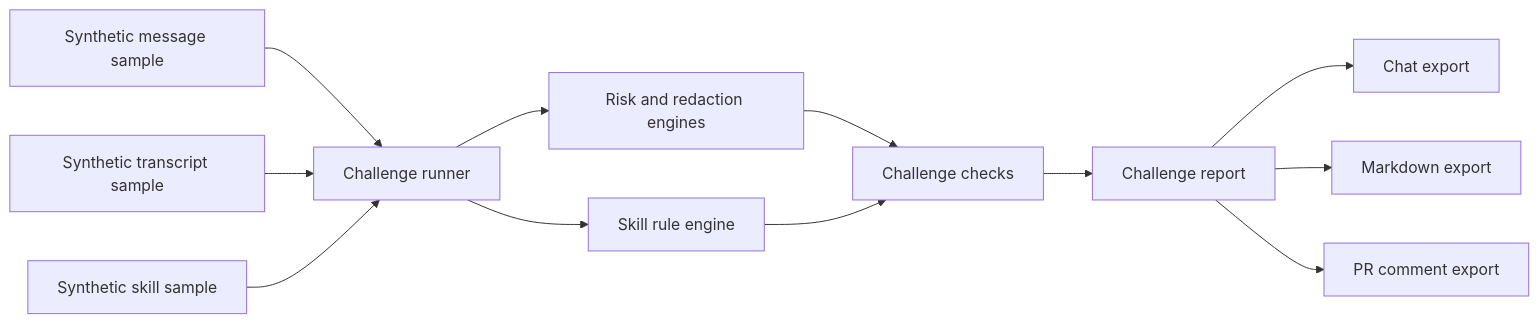
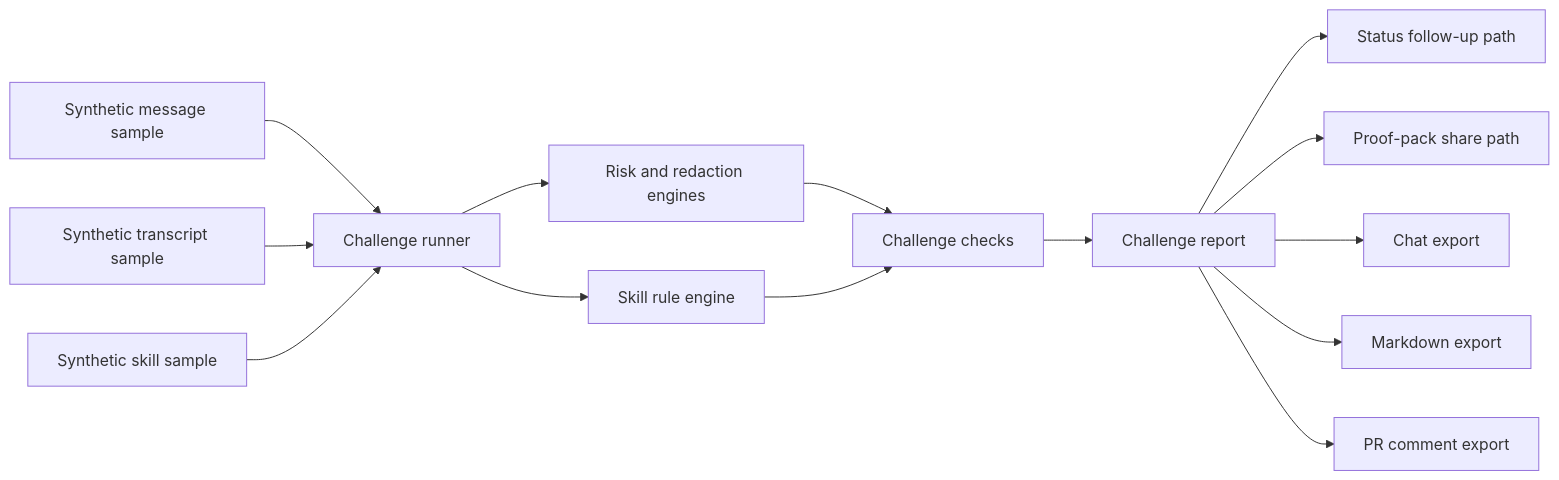
The third of 3 diagrams in docs/architecture/trust-challenge.md (cschanhniem/clawshield), drawn with Mermaid before and after one commit. The commit also changed other lines of this file and 40 other files, not shown here.

````diff
--- a/docs/architecture/trust-challenge.md
+++ b/docs/architecture/trust-challenge.md
@@ -47,14 +47,16 @@
 ```mermaid
 flowchart LR
   A[Synthetic message sample] --> D[Challenge runner]
   B[Synthetic transcript sample] --> D
   C[Synthetic skill sample] --> D
   D --> E[Risk and redaction engines]
   D --> F[Skill rule engine]
   E --> G[Challenge checks]
   F --> G
   G --> H[Challenge report]
-  H --> I[Chat export]
-  H --> J[Markdown export]
-  H --> K[PR comment export]
+  H --> I[Status follow-up path]
+  H --> J[Proof-pack share path]
+  H --> K[Chat export]
+  H --> L[Markdown export]
+  H --> M[PR comment export]
 ```
````
